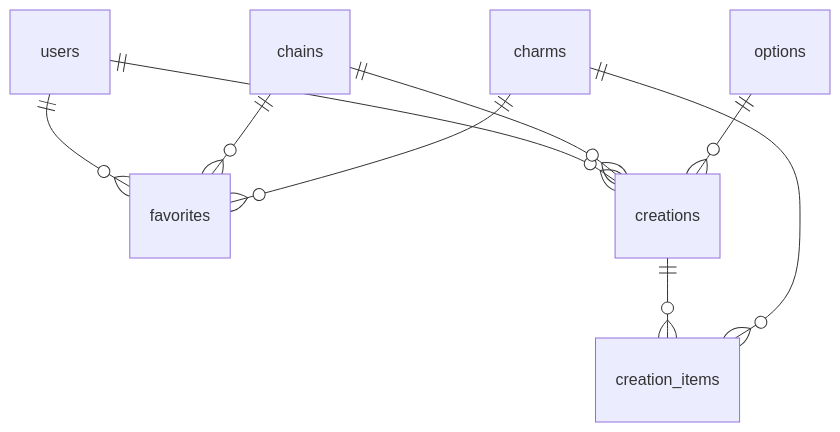
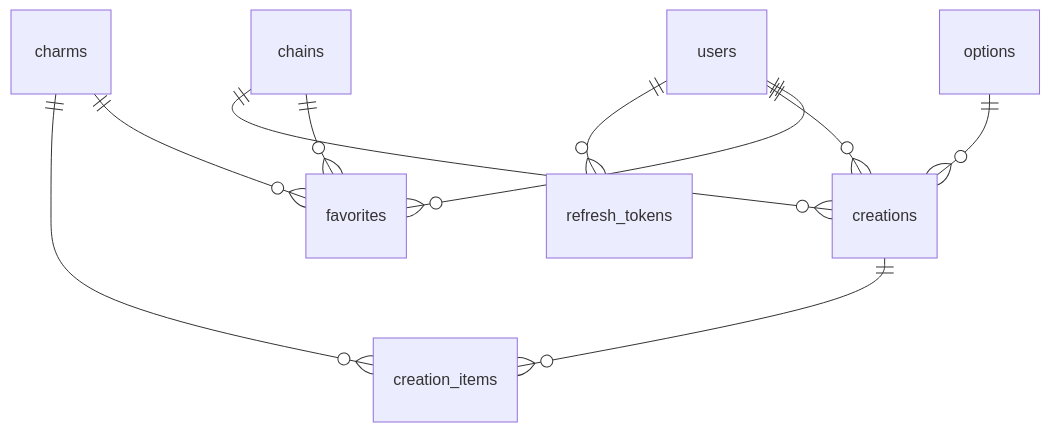
Before and after one commit to marieesss/jewel-shop: the third of 6 diagrams in docs/architecture.md, drawn with Mermaid. The commit also changed other lines of this file, not shown here.

Commit message:
docs(auth): décrire le fonctionnement des refresh tokens

````diff
--- a/docs/architecture.md
+++ b/docs/architecture.md
@@ -88,11 +101,12 @@
 ```mermaid
 erDiagram
     users ||--o{ favorites : ""
     users ||--o{ creations : ""
+    users ||--o{ refresh_tokens : ""
     chains ||--o{ favorites : ""
     charms ||--o{ favorites : ""
     chains ||--o{ creations : ""
     options ||--o{ creations : ""
     creations ||--o{ creation_items : ""
     charms ||--o{ creation_items : ""
 ```
````
